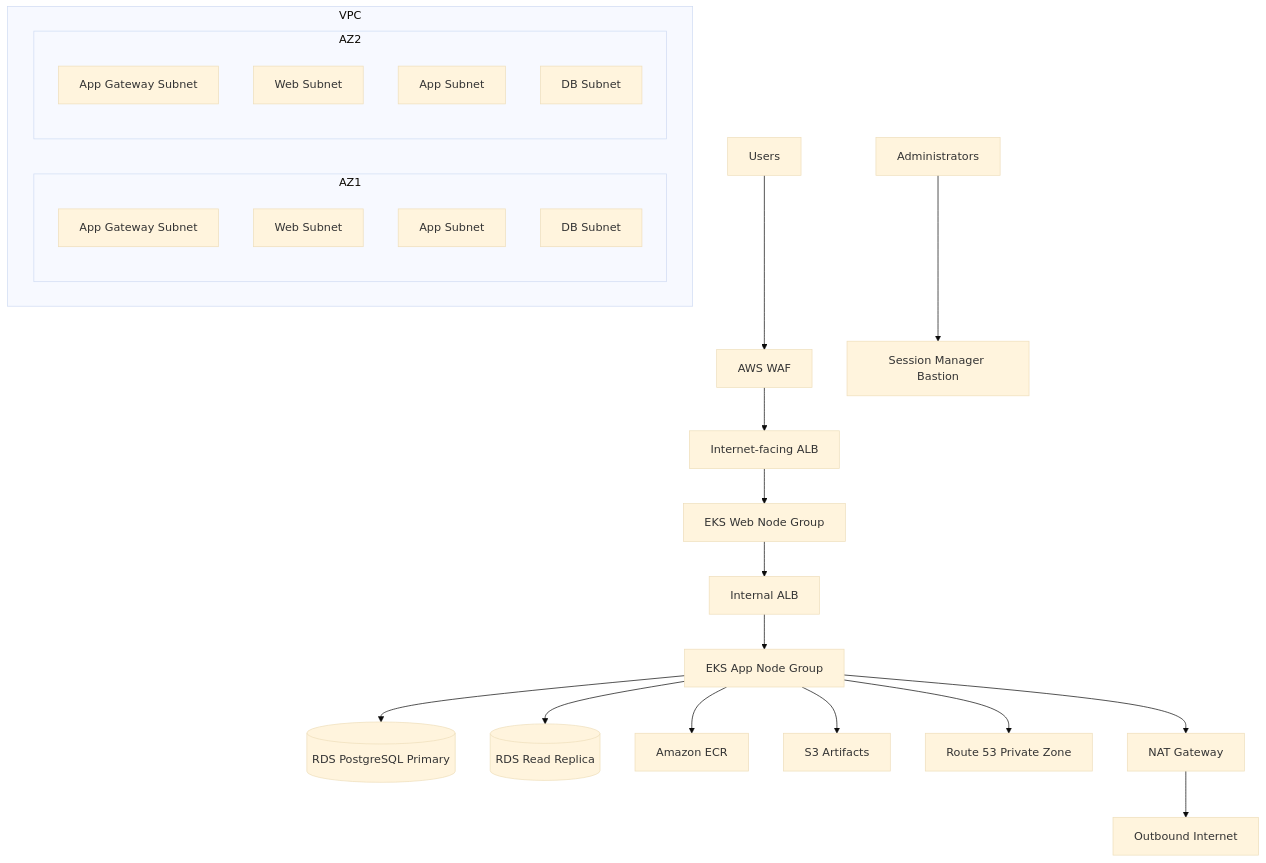
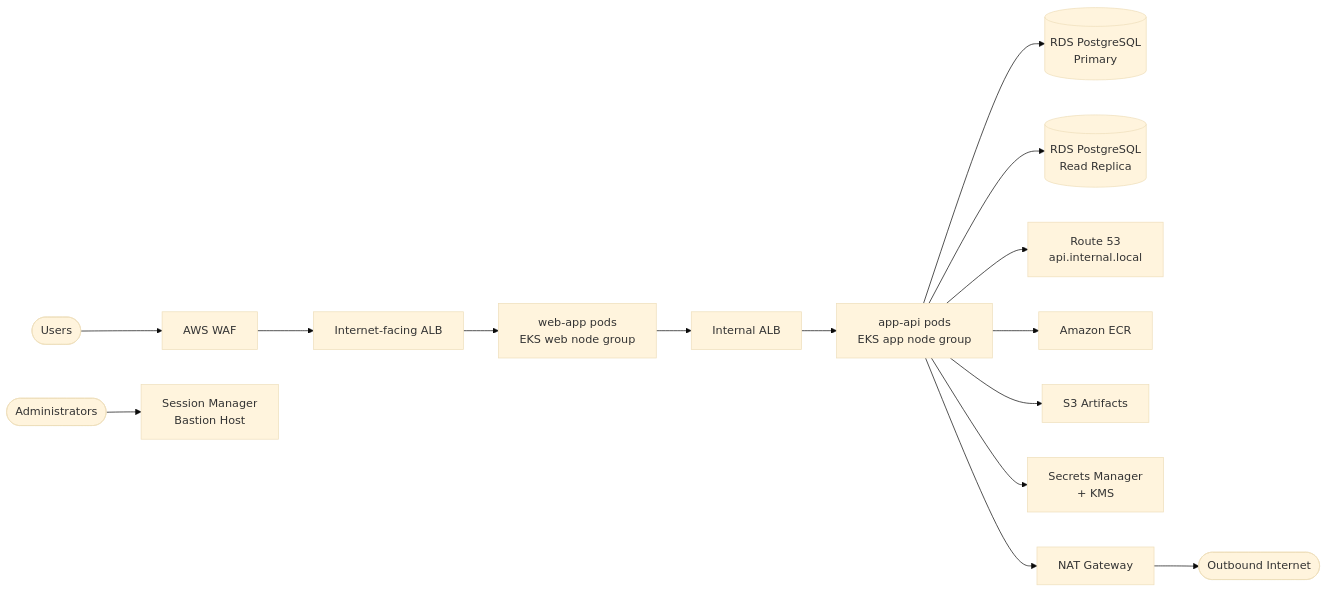
Before and after one commit to Joshuaoji/AI-DevOps-Kubernetes-Agent-Infra: the first of 3 diagrams in README.md, drawn with Mermaid (base theme). The commit also changed other lines of this file and 1 other file, not shown here.

First line of the commit message:
Add AWS architecture diagram to README

````diff
--- a/README.md
+++ b/README.md
@@ -24,31 +11,17 @@
 ```mermaid
-flowchart TB
-    Users[Users] --> WAF[AWS WAF]
+flowchart LR
+    Users([Users]) --> WAF[AWS WAF]
     WAF --> PublicALB[Internet-facing ALB]
-    PublicALB --> WebEKS[EKS Web Node Group]
-    WebEKS --> InternalALB[Internal ALB]
-    InternalALB --> AppEKS[EKS App Node Group]
-    AppEKS --> RDSPrimary[(RDS PostgreSQL Primary)]
-    AppEKS --> RDSReplica[(RDS Read Replica)]
-    AppEKS --> ECR[Amazon ECR]
-    AppEKS --> S3[S3 Artifacts]
-    AppEKS --> PrivateDNS[Route 53 Private Zone]
-    Admin[Administrators] --> Bastion[Session Manager Bastion]
-    AppEKS --> NAT[NAT Gateway]
-    NAT --> Internet[Outbound Internet]
-
-    subgraph VPC
-        subgraph AZ1
-            AppGW1[App Gateway Subnet]
-            Web1[Web Subnet]
-            App1[App Subnet]
-            DB1[DB Subnet]
-        end
-        subgraph AZ2
-            AppGW2[App Gateway Subnet]
-            Web2[Web Subnet]
-            App2[App Subnet]
-            DB2[DB Subnet]
-        end
-    end
+    PublicALB --> WebPods[web-app pods<br/>EKS web node group]
+    WebPods --> InternalALB[Internal ALB]
+    InternalALB --> AppPods[app-api pods<br/>EKS app node group]
+    AppPods --> RDSPrimary[(RDS PostgreSQL<br/>Primary)]
+    AppPods --> RDSReplica[(RDS PostgreSQL<br/>Read Replica)]
+    AppPods --> PrivateDNS[Route 53<br/>api.internal.local]
+    AppPods --> ECR[Amazon ECR]
+    AppPods --> S3[S3 Artifacts]
+    AppPods --> Secrets[Secrets Manager<br/>+ KMS]
+    AppPods --> NAT[NAT Gateway]
+    NAT --> Outbound([Outbound Internet])
+    Admin([Administrators]) --> Bastion[Session Manager<br/>Bastion Host]
 ```
````
